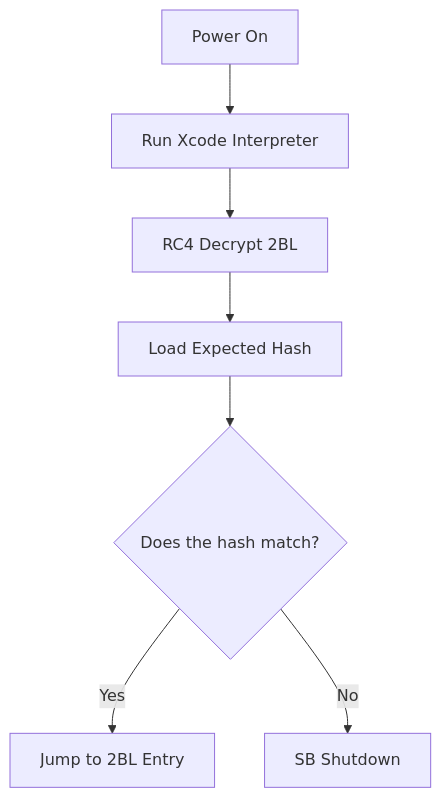
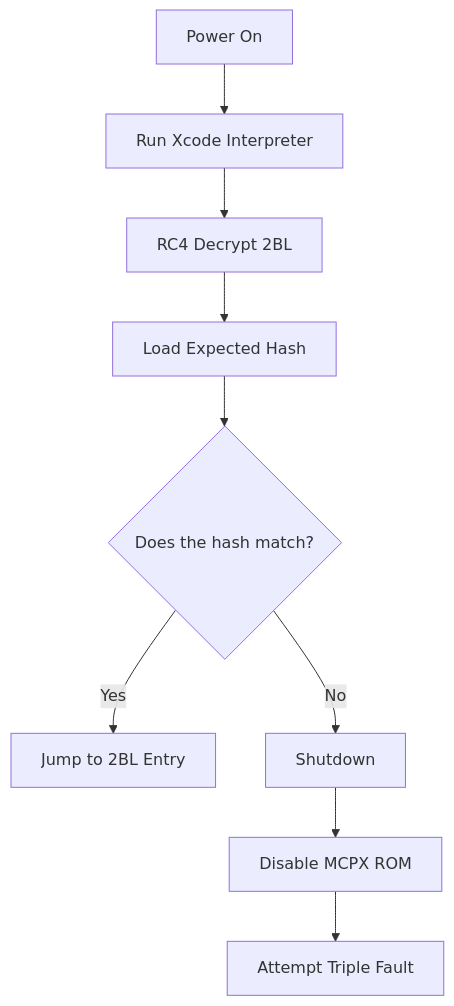
Before and after one commit to tommojphillips/XboxBiosTool: the diagram in boot_state_diagram_mcpx_rev0.md, drawn with Mermaid.

````diff
--- a/boot_state_diagram_mcpx_rev0.md
+++ b/boot_state_diagram_mcpx_rev0.md
@@ -2,16 +2,19 @@
 ```mermaid
 flowchart TB
 
 PWR_ON[Power On]-->SB_XCODE_INTERP
 SB_XCODE_INTERP[Run Xcode Interpreter]-->SB_DECRYPT_2BL
 
 SB_DECRYPT_2BL[RC4 Decrypt 2BL]-->SB_LOAD_STORED_HASH
 SB_LOAD_STORED_HASH[Load Expected Hash]-->SB_IS_2BL_VALID{Does the hash match?}
 SB_IS_2BL_VALID-->|Yes|2BL_ENTRY
 SB_IS_2BL_VALID-->|No|SB_SHUTDOWN
 
 2BL_ENTRY[Jump to 2BL Entry]
-SB_SHUTDOWN[SB Shutdown]
+SB_SHUTDOWN[Shutdown]-->SB_DISABLE
+
+SB_DISABLE[Disable MCPX ROM]-->ATTEMPT_TRIPLE_FAULT
+ATTEMPT_TRIPLE_FAULT[Attempt Triple Fault]
 
 click 2BL_ENTRY "https://github.com/tommojphillips/XboxBiosTool/blob/master/boot_state_diagram_2bl.md"
 ```
````
